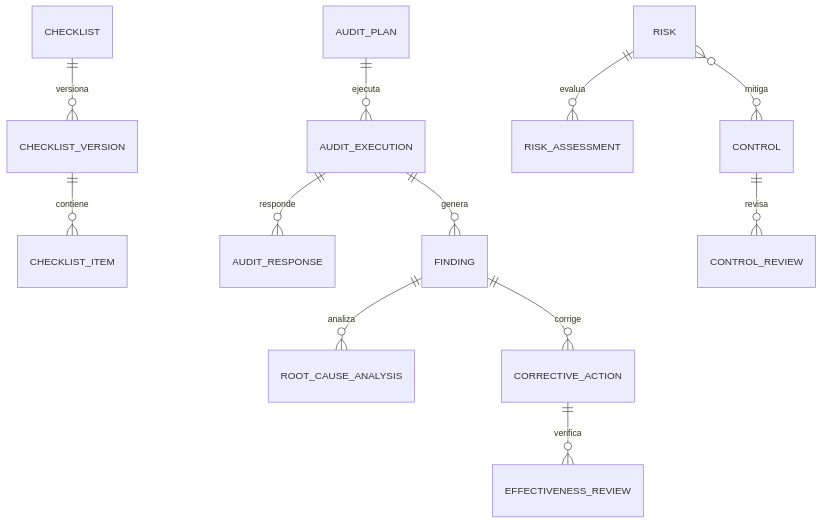
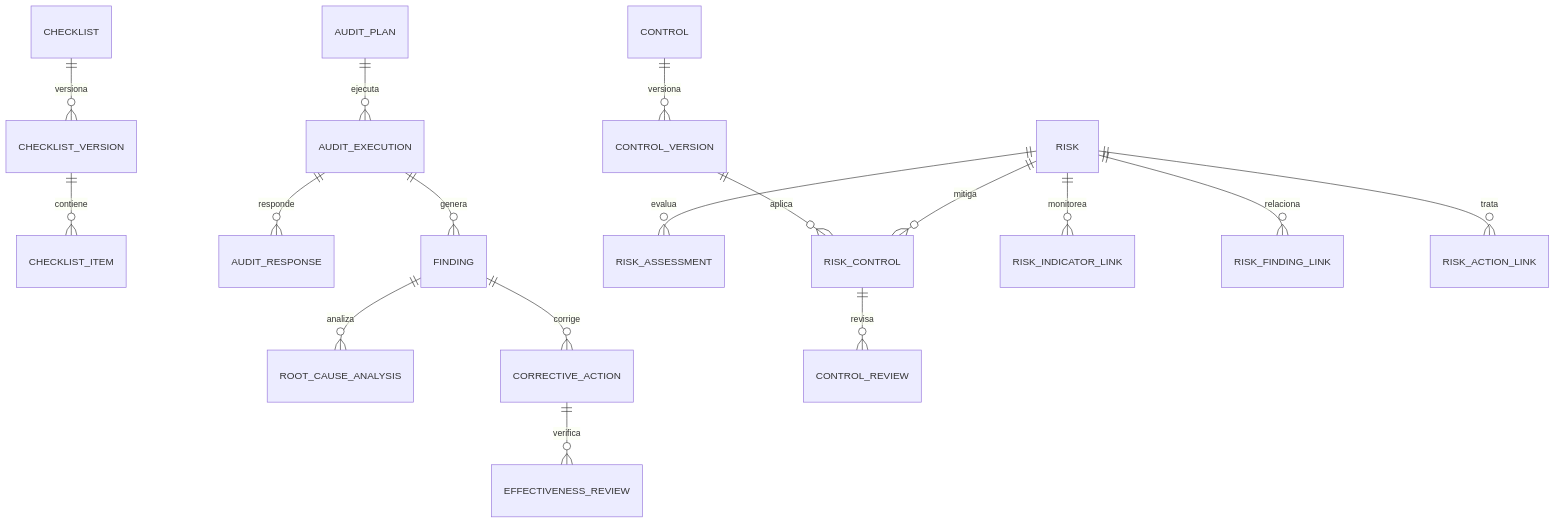
Before and after one commit to G3RARD0-TICONA/trazametrica-salud-peru: the third of 3 diagrams in docs/05-modelo-datos/MODELO_DOMINIO.md, drawn with Mermaid. The commit also changed other lines of this file and 38 other files, not shown here.

````diff
--- a/docs/05-modelo-datos/MODELO_DOMINIO.md
+++ b/docs/05-modelo-datos/MODELO_DOMINIO.md
@@ -49,14 +49,19 @@
 ```mermaid
 erDiagram
     AUDIT_PLAN ||--o{ AUDIT_EXECUTION : ejecuta
     CHECKLIST ||--o{ CHECKLIST_VERSION : versiona
     CHECKLIST_VERSION ||--o{ CHECKLIST_ITEM : contiene
     AUDIT_EXECUTION ||--o{ AUDIT_RESPONSE : responde
     AUDIT_EXECUTION ||--o{ FINDING : genera
     FINDING ||--o{ ROOT_CAUSE_ANALYSIS : analiza
     FINDING ||--o{ CORRECTIVE_ACTION : corrige
     CORRECTIVE_ACTION ||--o{ EFFECTIVENESS_REVIEW : verifica
     RISK ||--o{ RISK_ASSESSMENT : evalua
-    RISK }o--o{ CONTROL : mitiga
-    CONTROL ||--o{ CONTROL_REVIEW : revisa
+    CONTROL ||--o{ CONTROL_VERSION : versiona
+    RISK ||--o{ RISK_CONTROL : mitiga
+    CONTROL_VERSION ||--o{ RISK_CONTROL : aplica
+    RISK_CONTROL ||--o{ CONTROL_REVIEW : revisa
+    RISK ||--o{ RISK_INDICATOR_LINK : monitorea
+    RISK ||--o{ RISK_FINDING_LINK : relaciona
+    RISK ||--o{ RISK_ACTION_LINK : trata
 ```
````
